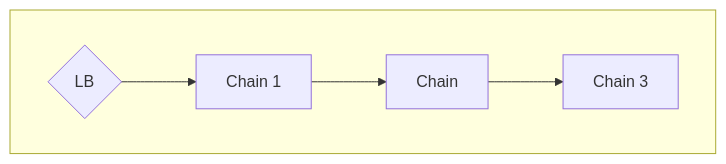
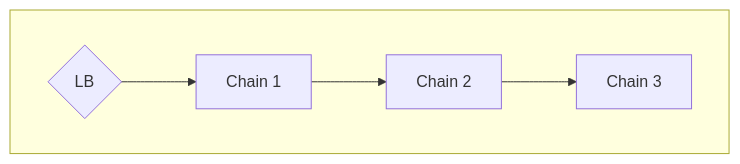
Before and after one commit to rg0now/k8s-hpa-benchmark: the diagram in README.md, drawn with Mermaid.

Commit message:
README update

````diff
--- a/README.md
+++ b/README.md
@@ -8,7 +8,7 @@
 ``` mermaid
 flowchart TD
 subgraph Z[" "]
 direction LR
-    L{LB} --> A[Chain 1] --> B[Chain] --> C[Chain 3]
+    L{LB} --> A[Chain 1] --> B[Chain 2] --> C[Chain 3]
 end
 ```
````
